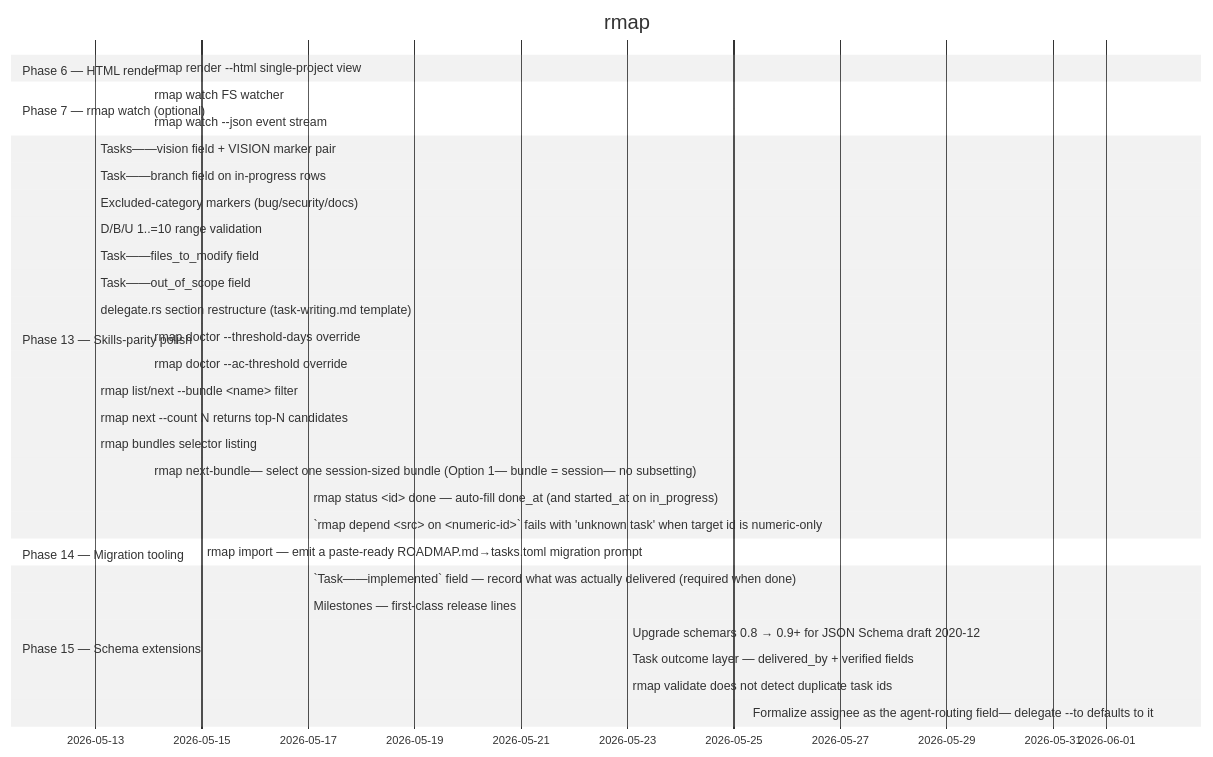
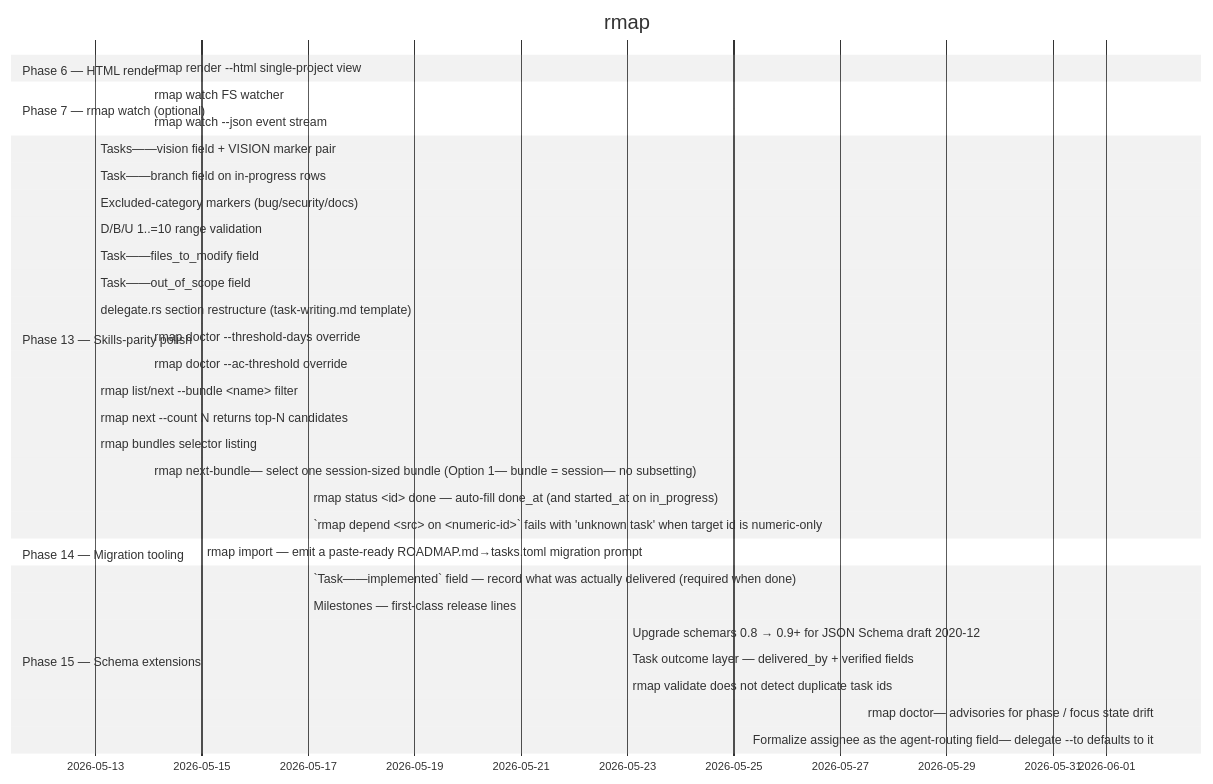
The diagram in ROADMAP.md (ZenHive/rmap), drawn with Mermaid (neutral theme) before and after one commit. The commit also changed other lines of this file and 4 other files, not shown here.

Commit message:
phase 15: task 31 done bookkeeping; wire harness MCP (.mcp.json)

````diff
--- a/ROADMAP.md
+++ b/ROADMAP.md
@@ -14,35 +14,36 @@
 ```mermaid
 gantt
     title rmap
     dateFormat YYYY-MM-DD
     section Phase 6 — HTML render
     rmap render --html single-project view :done, 2026-05-14, 2026-05-14
     section Phase 7 — rmap watch (optional)
     rmap watch FS watcher :done, 2026-05-14, 2026-05-14
     rmap watch --json event stream :done, 2026-05-14, 2026-05-14
     section Phase 13 — Skills-parity polish
     Tasks——vision field + VISION marker pair :done, 2026-05-13, 2026-05-13
     Task——branch field on in-progress rows :done, 2026-05-13, 2026-05-13
     Excluded-category markers (bug/security/docs) :done, 2026-05-13, 2026-05-13
     D/B/U 1..=10 range validation :done, 2026-05-13, 2026-05-13
     Task——files_to_modify field :done, 2026-05-13, 2026-05-13
     Task——out_of_scope field :done, 2026-05-13, 2026-05-13
     delegate.rs section restructure (task-writing.md template) :done, 2026-05-13, 2026-05-13
     rmap doctor --threshold-days override :done, 2026-05-14, 2026-05-14
     rmap doctor --ac-threshold override :done, 2026-05-14, 2026-05-14
     rmap list/next --bundle <name> filter :done, 2026-05-13, 2026-05-13
     rmap next --count N returns top-N candidates :done, 2026-05-13, 2026-05-13
     rmap bundles selector listing :done, 2026-05-13, 2026-05-13
     rmap next-bundle— select one session-sized bundle (Option 1— bundle = session— no subsetting) :done, 2026-05-14, 2026-05-14
     rmap status <id> done — auto-fill done_at (and started_at on in_progress) :done, 2026-05-17, 2026-05-17
     `rmap depend <src> on <numeric-id>` fails with 'unknown task' when target id is numeric-only :done, 2026-05-17, 2026-05-17
     section Phase 14 — Migration tooling
     rmap import — emit a paste-ready ROADMAP.md→tasks.toml migration prompt :done, 2026-05-15, 2026-05-15
     section Phase 15 — Schema extensions
     `Task——implemented` field — record what was actually delivered (required when done) :done, 2026-05-17, 2026-05-17
     Milestones — first-class release lines :done, 2026-05-17, 2026-05-17
     Upgrade schemars 0.8 → 0.9+ for JSON Schema draft 2020-12 :done, 2026-05-23, 2026-05-23
     Task outcome layer — delivered_by + verified fields :done, 2026-05-23, 2026-05-23
     rmap validate does not detect duplicate task ids :done, 2026-05-23, 2026-05-23
+    rmap doctor— advisories for phase / focus state drift :done, 2026-06-02, 2026-06-02
     Formalize assignee as the agent-routing field— delegate --to defaults to it :done, 2026-06-02, 2026-06-02
 ```
````
